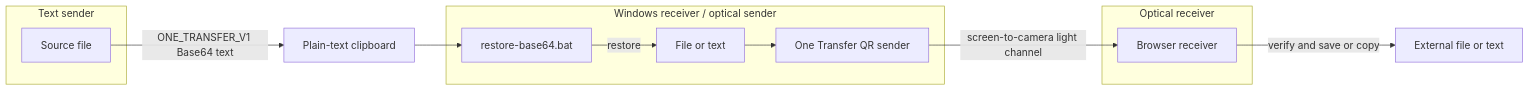
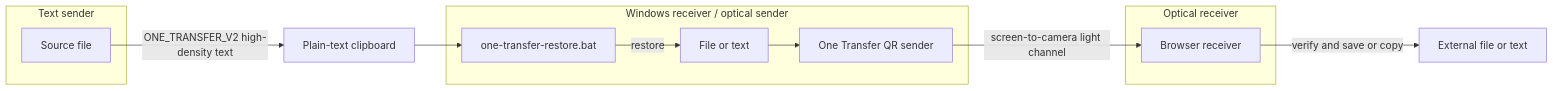
One commit to CrazyForks/one-transfer changed the first of 3 diagrams in README.md. Above: the diagram before and after it, drawn with Mermaid. The commit also changed other lines of this file and 17 other files, not shown here.

First line of the commit message:
feat: implement clipboard transfer protocol V2 with Base32768 and Base91 encoding

````diff
--- a/README.md
+++ b/README.md
@@ -134,24 +209,24 @@
 ```mermaid
 flowchart LR
   subgraph GROUP_A[Text sender]
     A[Source file]
   end
 
   subgraph GROUP_B[Windows receiver / optical sender]
-    B[restore-base64.bat]
+    B[one-transfer-restore.bat]
     F[File or text]
     S[One Transfer QR sender]
   end
 
   subgraph GROUP_C[Optical receiver]
     R[Browser receiver]
   end
 
-  A -->|ONE_TRANSFER_V1 Base64 text| C[Plain-text clipboard]
+  A -->|ONE_TRANSFER_V2 high-density text| C[Plain-text clipboard]
   C --> B
   B -->|restore| F
 
   F --> S
   S -->|screen-to-camera light channel| R
   R -->|verify and save or copy| O[External file or text]
 ```
````
